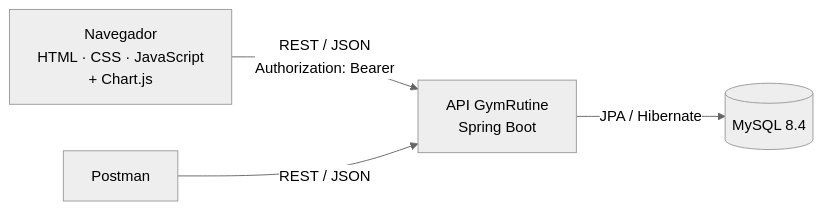
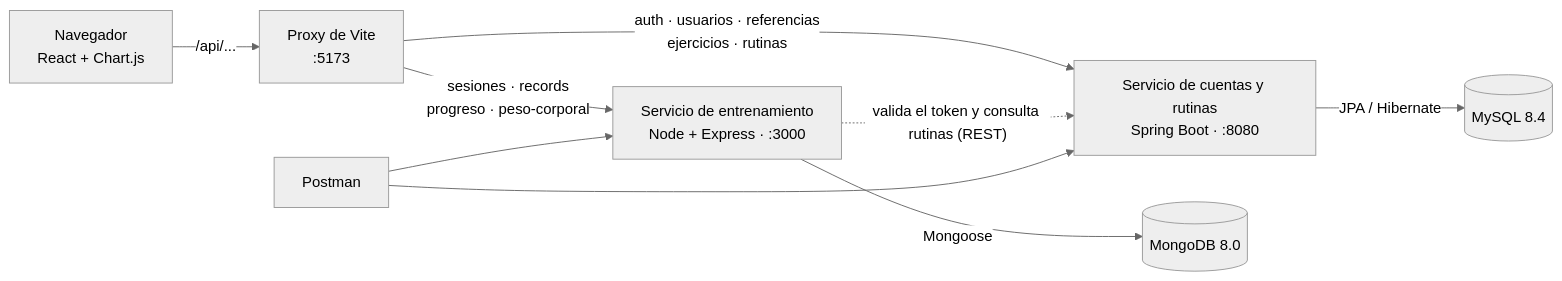
Before and after one commit to rancesra/gymrutine: the first of 6 diagrams in docs/ARQUITECTURA.md, drawn with Mermaid (neutral theme). The commit also changed other lines of this file and 14 other files, not shown here.

````diff
--- a/docs/ARQUITECTURA.md
+++ b/docs/ARQUITECTURA.md
@@ -10,6 +10,11 @@
 ```mermaid
 graph LR
-    Nav["Navegador<br/>HTML · CSS · JavaScript<br/>+ Chart.js"] -->|"REST / JSON<br/>Authorization: Bearer"| API["API GymRutine<br/>Spring Boot"]
-    API -->|"JPA / Hibernate"| DB[("MySQL 8.4")]
-    Postman["Postman"] -->|"REST / JSON"| API
+    Nav["Navegador<br/>React + Chart.js"] -->|"/api/..."| VT["Proxy de Vite<br/>:5173"]
+    VT -->|"auth · usuarios · referencias<br/>ejercicios · rutinas"| SP["Servicio de cuentas y rutinas<br/>Spring Boot · :8080"]
+    VT -->|"sesiones · records<br/>progreso · peso-corporal"| ND["Servicio de entrenamiento<br/>Node + Express · :3000"]
+    SP -->|"JPA / Hibernate"| MY[("MySQL 8.4")]
+    ND -->|"Mongoose"| MG[("MongoDB 8.0")]
+    ND -.->|"valida el token y consulta rutinas (REST)"| SP
+    PM["Postman"] --> SP
+    PM --> ND
 ```
````
